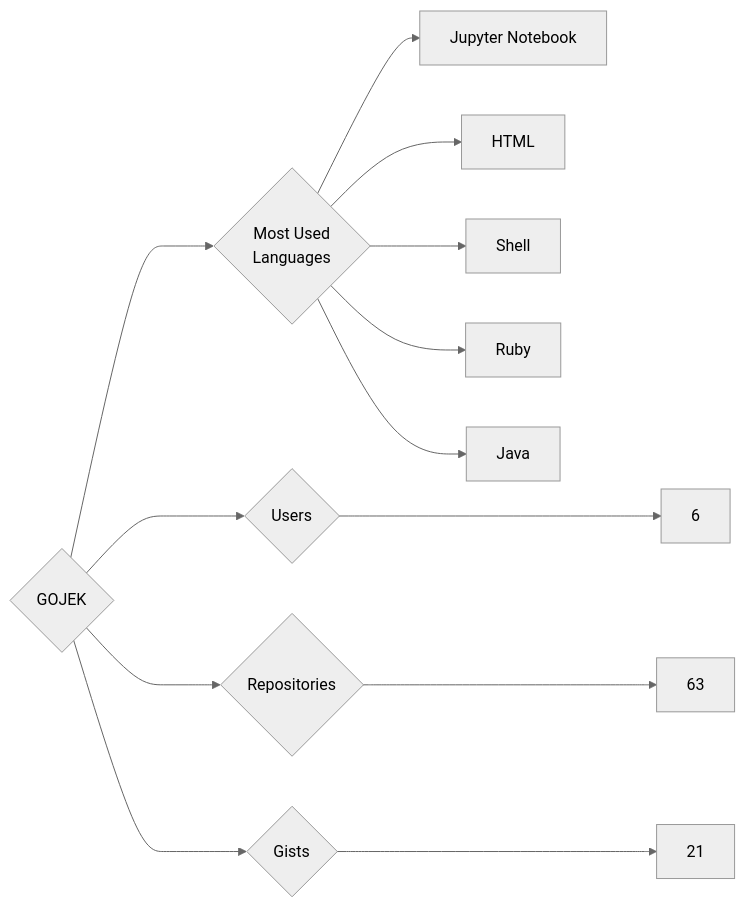
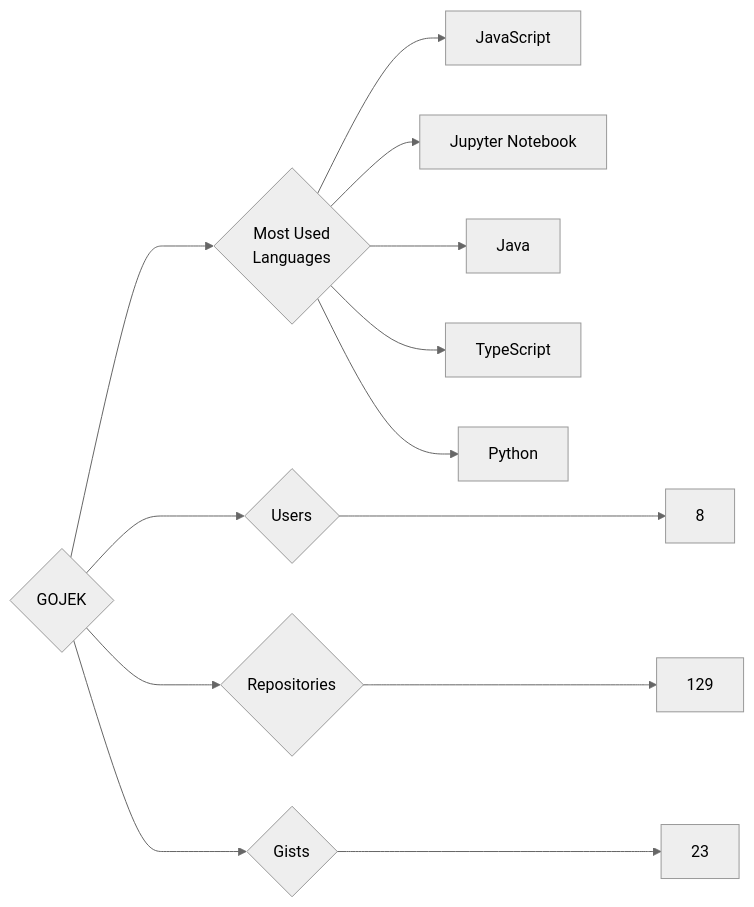
The diagram in targets/GOJEK/README.md (trickest/insiders), drawn with Mermaid (neutral theme) before and after one commit. The commit also changed 988 other files, not shown here.

````diff
--- a/targets/GOJEK/README.md
+++ b/targets/GOJEK/README.md
@@ -3,13 +3,13 @@
 ```mermaid
 graph LR
 COMPANY_NAME{GOJEK}
-COMPANY_NAME ---> U{Users} ---> UN[6]
-COMPANY_NAME ---> R{Repositories} ---> RN[63]
-COMPANY_NAME ---> G{Gists} ---> GN[21]
+COMPANY_NAME ---> U{Users} ---> UN[8]
+COMPANY_NAME ---> R{Repositories} ---> RN[129]
+COMPANY_NAME ---> G{Gists} ---> GN[23]
 COMPANY_NAME ---> ML{Most Used<br>Languages}
+ML --> JavaScript[JavaScript]
 ML --> Jupyter_Notebook[Jupyter Notebook]
-ML --> HTML[HTML]
-ML --> Shell[Shell]
-ML --> Ruby[Ruby]
 ML --> Java[Java]
+ML --> TypeScript[TypeScript]
+ML --> Python[Python]
 ```
````
